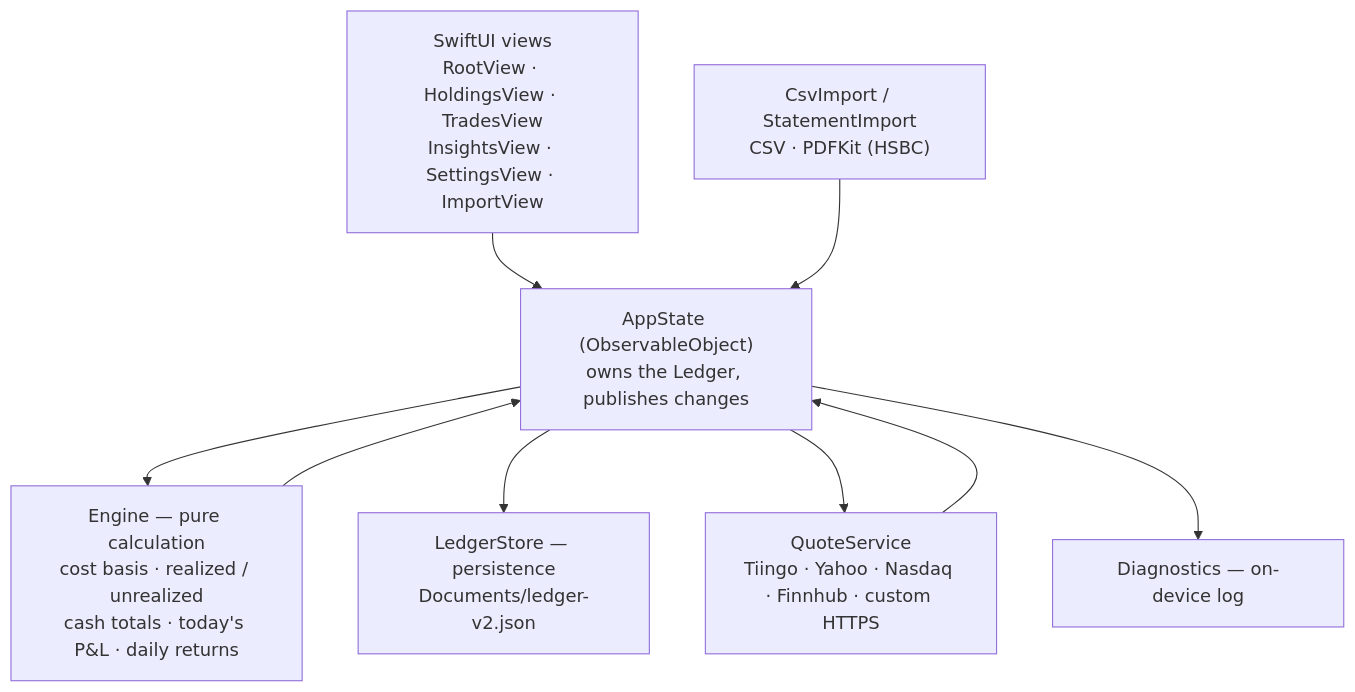
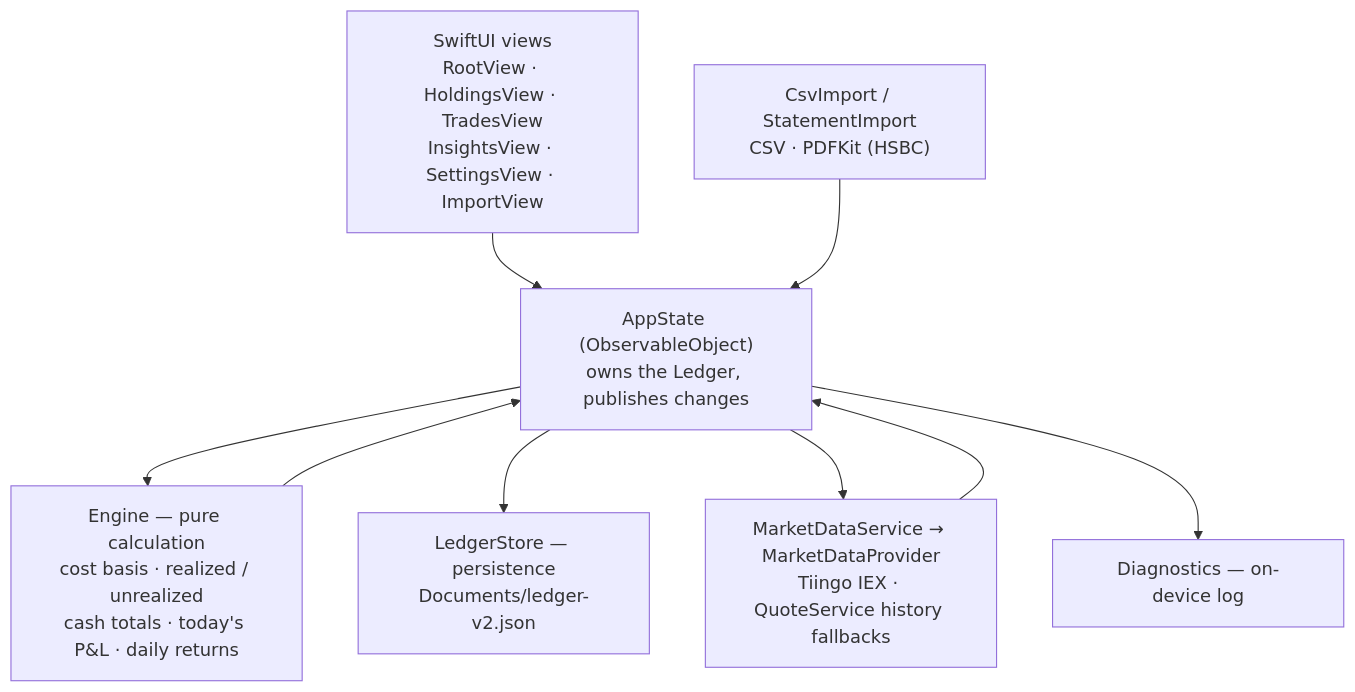
The diagram in README.md (chengxiaomingcxm/us-stock-ledger), drawn with Mermaid before and after one commit. The commit also changed other lines of this file and 19 other files, not shown here.

Commit message:
Update calendar returns from live market quotes

````diff
--- a/README.md
+++ b/README.md
@@ -69,19 +69,19 @@
 ```mermaid
 flowchart TD
     UI["SwiftUI views<br/>RootView · HoldingsView · TradesView<br/>InsightsView · SettingsView · ImportView"]
     State["AppState (ObservableObject)<br/>owns the Ledger, publishes changes"]
     Engine["Engine — pure calculation<br/>cost basis · realized / unrealized<br/>cash totals · today's P&L · daily returns"]
     Store["LedgerStore — persistence<br/>Documents/ledger-v2.json"]
-    Quotes["QuoteService<br/>Tiingo · Yahoo · Nasdaq · Finnhub · custom HTTPS"]
+    Quotes["MarketDataService → MarketDataProvider<br/>Tiingo IEX · QuoteService history fallbacks"]
     Import["CsvImport / StatementImport<br/>CSV · PDFKit (HSBC)"]
     Diag["Diagnostics — on-device log"]
 
     UI --> State
     State --> Engine
     Engine --> State
     State --> Store
     State --> Quotes
     Quotes --> State
     Import --> State
     State --> Diag
 ```
````
